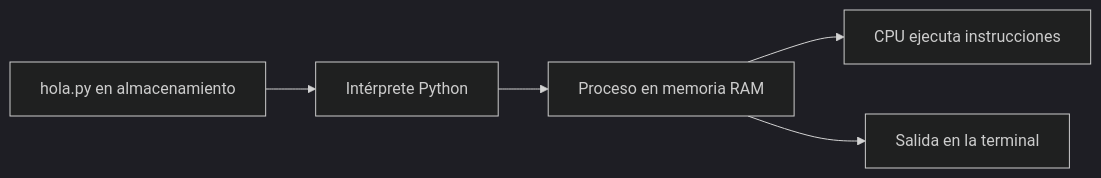
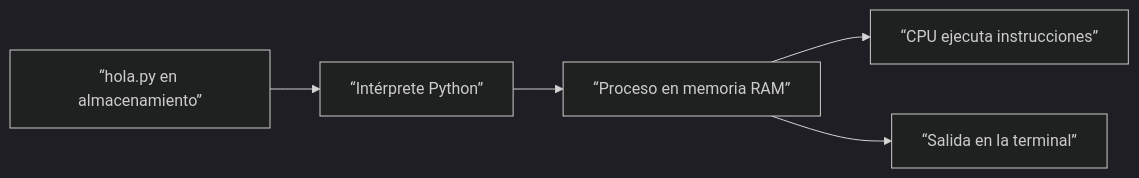
Before and after one commit to NICORUIZ93/Academia_Floci: the first of 4 diagrams in web/public/content/foundations/modulo-0.md, drawn with Mermaid (dark theme). The commit also changed other lines of this file and 11 other files, not shown here.

First line of the commit message:
feat: Tier 2-3 COMPLETO — Foundations Master (35 Paso 8 + 6 diagramas + 3 Paso 6 fixes)

````diff
--- a/web/public/content/foundations/modulo-0.md
+++ b/web/public/content/foundations/modulo-0.md
@@ -72,7 +72,7 @@
 ```mermaid
 flowchart LR
-  File["hola.py en almacenamiento"] --> Interpreter["Intérprete Python"]
-  Interpreter --> Process["Proceso en memoria RAM"]
-  Process --> CPU["CPU ejecuta instrucciones"]
-  Process --> Output["Salida en la terminal"]
+  File[“hola.py en almacenamiento”] --> Interpreter[“Intérprete Python”]
+  Interpreter --> Process[“Proceso en memoria RAM”]
+  Process --> CPU[“CPU ejecuta instrucciones”]
+  Process --> Output[“Salida en la terminal”]
 ```
````
